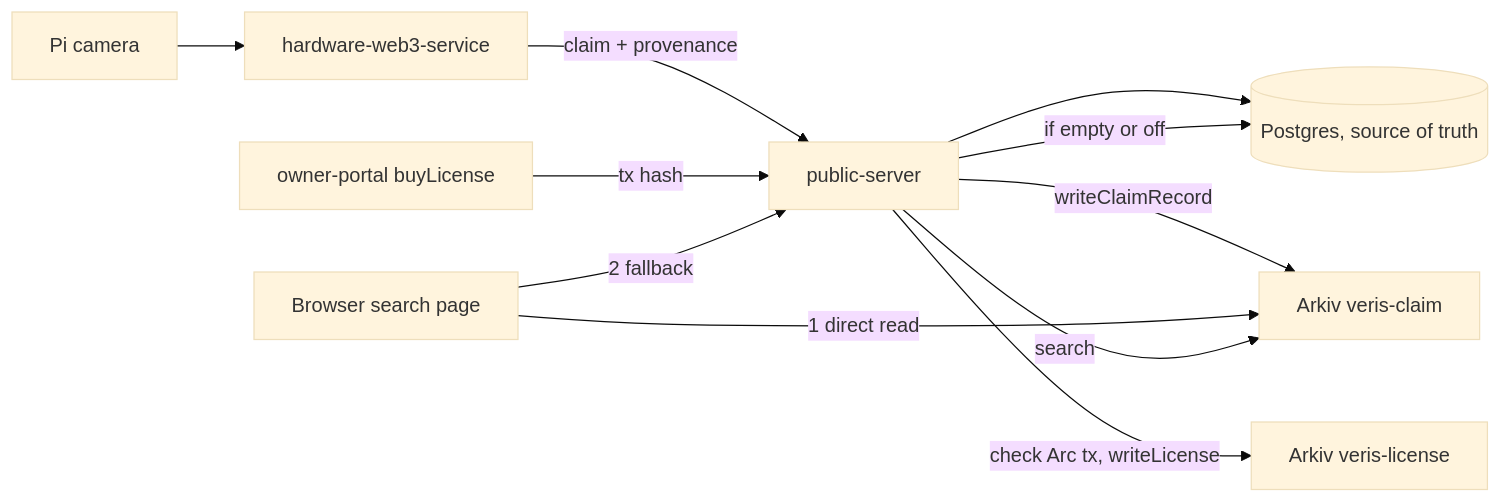
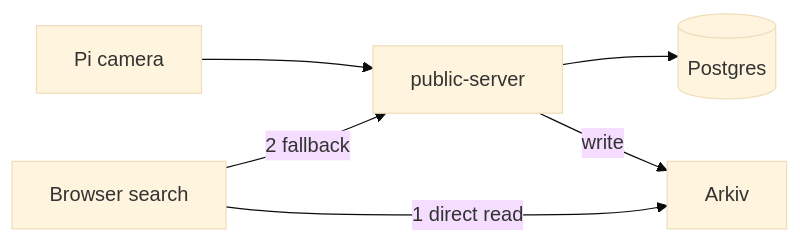
The diagram in prizes/arkiv.md (Adityaadpandey/Veris), drawn with Mermaid (base theme) before and after one commit. The commit also changed other lines of this file and 4 other files, not shown here.

````diff
--- a/prizes/arkiv.md
+++ b/prizes/arkiv.md
@@ -118,13 +15,8 @@
 ```mermaid
 flowchart LR
-  CAM[Pi camera] --> W3[hardware-web3-service]
-  W3 -->|claim + provenance| PS[public-server]
-  PS --> PG[(Postgres, source of truth)]
-  PS -->|writeClaimRecord| ARK[Arkiv veris-claim]
-  PORTAL[owner-portal buyLicense] -->|tx hash| PS
-  PS -->|check Arc tx, writeLicense| ARK2[Arkiv veris-license]
-  USER[Browser search page] -->|1 direct read| ARK
+  CAM[Pi camera] --> PS[public-server]
+  PS --> PG[(Postgres)]
+  PS -->|write| ARK[Arkiv]
+  USER[Browser search] -->|1 direct read| ARK
   USER -->|2 fallback| PS
-  PS -->|search| ARK
-  PS -->|if empty or off| PG
 ```
````
